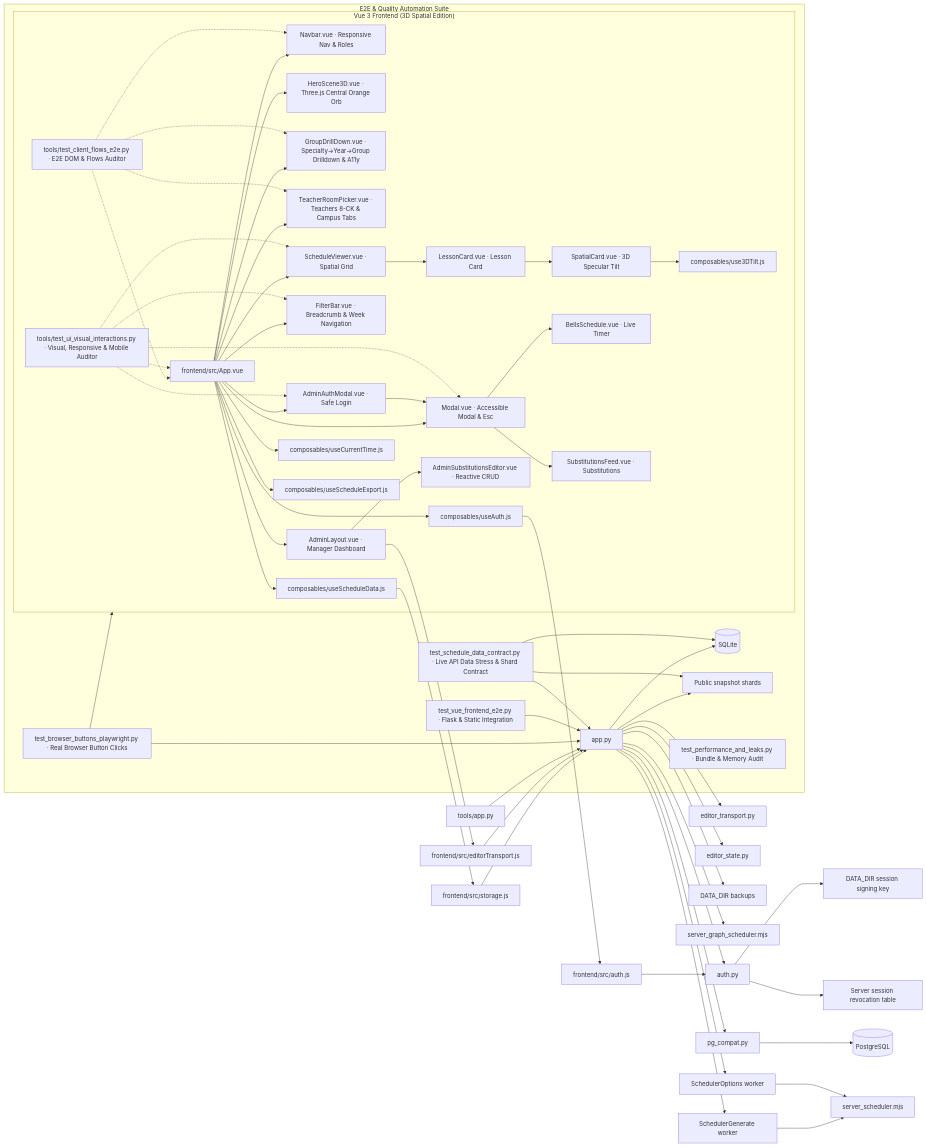
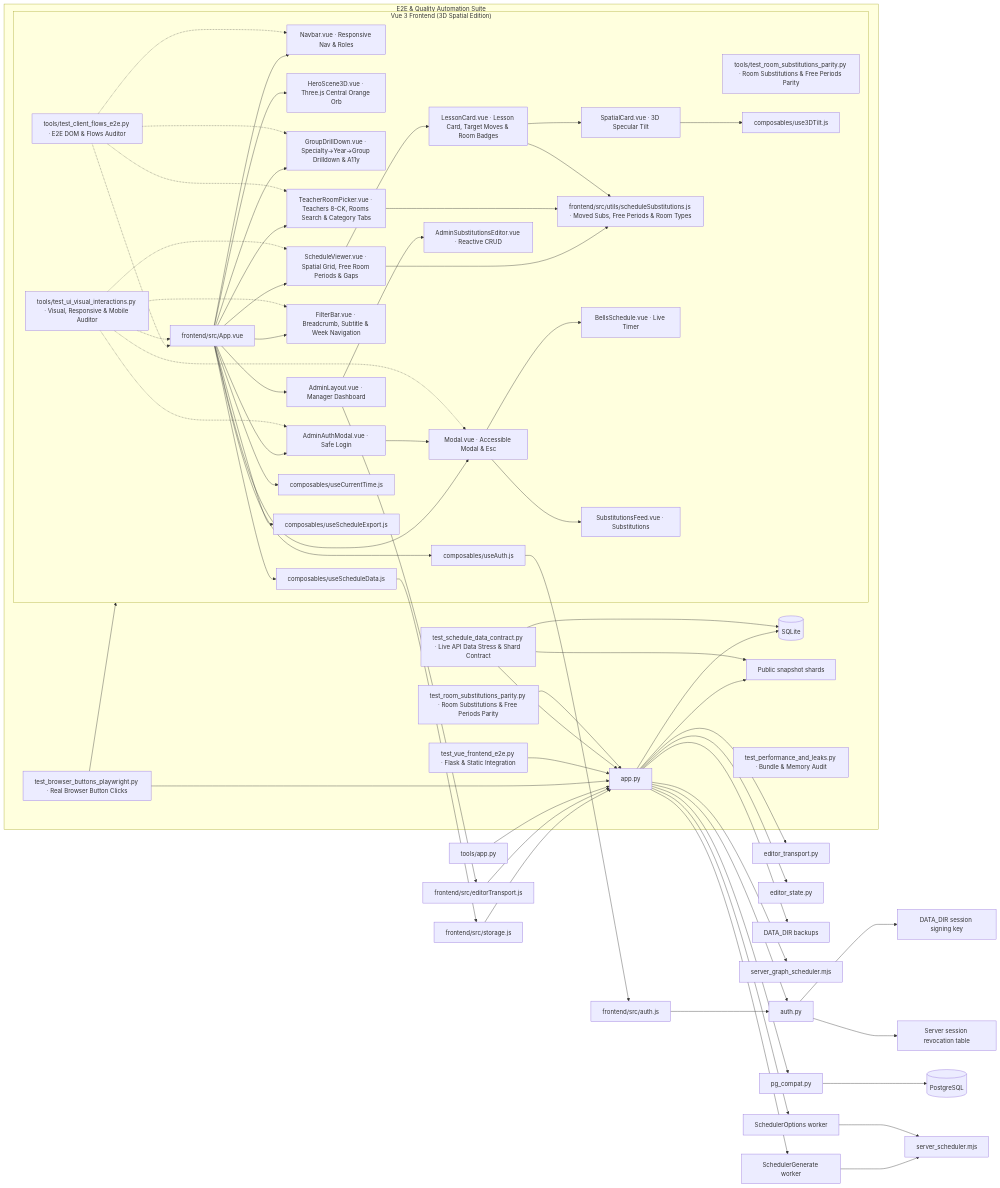
The first of 7 diagrams in docs/UML.md (Utkautka1/timetable22), drawn with Mermaid before and after one commit. The commit also changed 11 other files, not shown here.

Commit message:
feat(public): fix moved substitution synthesis, room free slots and room category types

````diff
--- a/docs/UML.md
+++ b/docs/UML.md
@@ -11,11 +11,12 @@
         Navbar[Navbar.vue · Responsive Nav & Roles]
         Hero[HeroScene3D.vue · Three.js Central Orange Orb]
         DrillDown[GroupDrillDown.vue · Specialty->Year->Group Drilldown & A11y]
-        EntityPicker[TeacherRoomPicker.vue · Teachers 8-CK & Campus Tabs]
-        Viewer[ScheduleViewer.vue · Spatial Grid]
-        Card[LessonCard.vue · Lesson Card]
+        EntityPicker[TeacherRoomPicker.vue · Teachers 8-CK, Rooms Search & Category Tabs]
+        Viewer[ScheduleViewer.vue · Spatial Grid, Free Room Periods & Gaps]
+        Card[LessonCard.vue · Lesson Card, Target Moves & Room Badges]
         SpatialCard[SpatialCard.vue · 3D Specular Tilt]
-        Filter[FilterBar.vue · Breadcrumb & Week Navigation]
+        Filter[FilterBar.vue · Breadcrumb, Subtitle & Week Navigation]
+        SubUtil[frontend/src/utils/scheduleSubstitutions.js · Moved Subs, Free Periods & Room Types]
         Modal[Modal.vue · Accessible Modal & Esc]
         Bells[BellsSchedule.vue · Live Timer]
         Subs[SubstitutionsFeed.vue · Substitutions]
@@ -24,6 +25,7 @@
         AdminSubs[AdminSubstitutionsEditor.vue · Reactive CRUD]
         TestClientFlows[tools/test_client_flows_e2e.py · E2E DOM & Flows Auditor]
         TestUIVisual[tools/test_ui_visual_interactions.py · Visual, Responsive & Mobile Auditor]
+        TestRoomSubs[tools/test_room_substitutions_parity.py · Room Substitutions & Free Periods Parity]
         
         App --> Navbar
         App --> Hero
@@ -31,6 +33,9 @@
         App --> EntityPicker
         App --> Viewer
         Viewer --> Card
+        Viewer --> SubUtil
+        EntityPicker --> SubUtil
+        Card --> SubUtil
         Card --> SpatialCard
         App --> Filter
         App --> Modal
@@ -86,11 +91,13 @@
         PerformanceTester["test_performance_and_leaks.py · Bundle & Memory Audit"]
         VueIntegration["test_vue_frontend_e2e.py · Flask & Static Integration"]
         DataContractTester["test_schedule_data_contract.py · Live API Data Stress & Shard Contract"]
+        RoomSubsTester["test_room_substitutions_parity.py · Room Substitutions & Free Periods Parity"]
         PlaywrightTester --> Frontend
         PlaywrightTester --> API
         VueIntegration --> API
         DataContractTester --> API
         DataContractTester --> SQLite
         DataContractTester --> Public
+        RoomSubsTester --> API
     end
 ```
````
